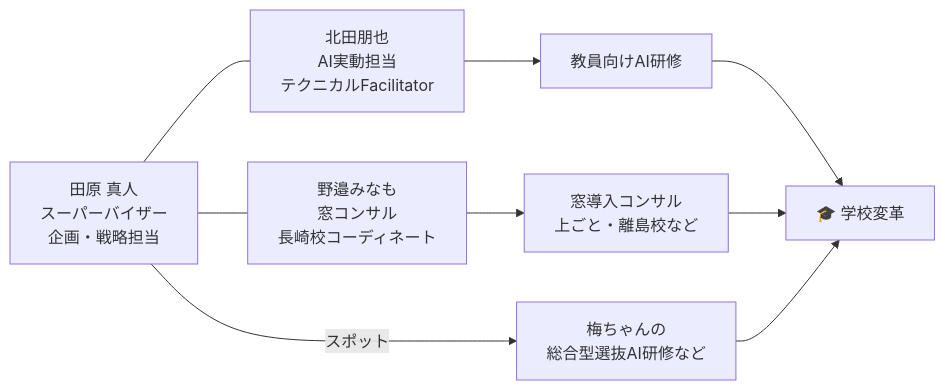
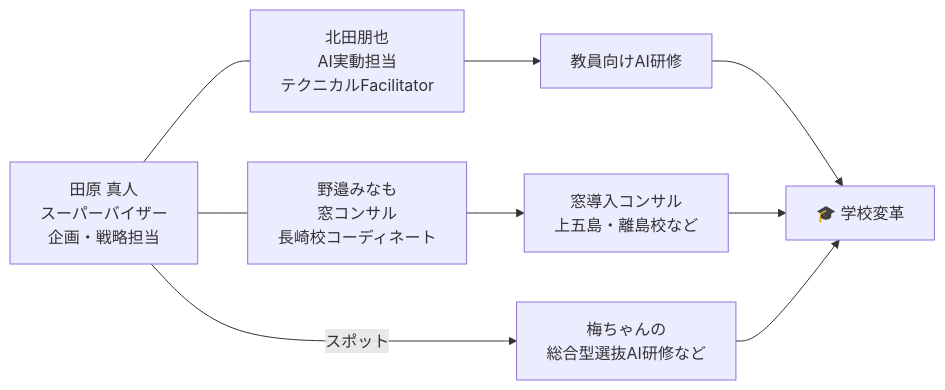
The third of 9 diagrams in プラネタリーラーニング_運営MTG_20260326.md (VOMOYA/planetary-learning-mtg-reports), drawn with Mermaid before and after one commit. The commit also changed other lines of this file, not shown here.

````diff
--- a/プラネタリーラーニング_運営MTG_20260326.md
+++ b/プラネタリーラーニング_運営MTG_20260326.md
@@ -123,14 +123,14 @@
 ```mermaid
 flowchart LR
     A[田原 真人<br/>スーパーバイザー<br/>企画・戦略担当] --- B[北田朋也<br/>AI実動担当<br/>テクニカルFacilitator]
     A --- C[野邉みなも<br/>窓コンサル<br/>長崎校コーディネート]
 
     B --> D[教員向けAI研修]
-    C --> E[窓導入コンサル<br/>上ごと・離島校など]
+    C --> E[窓導入コンサル<br/>上五島・離島校など]
 
     D --> F[🎓 学校変革]
     E --> F
 
     A -->|スポット| G[梅ちゃんの<br/>総合型選抜AI研修など]
     G --> F
 ```
````
